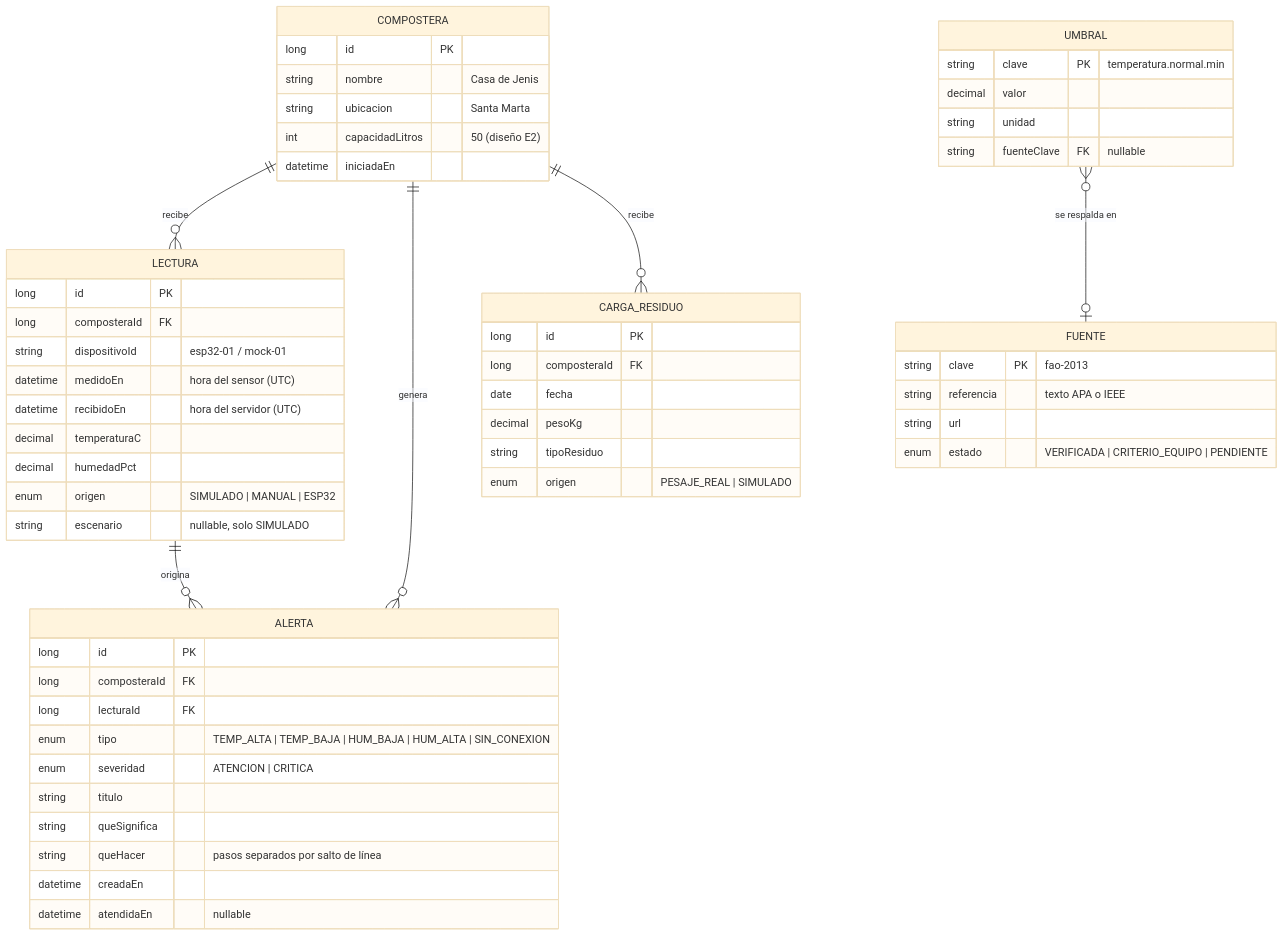
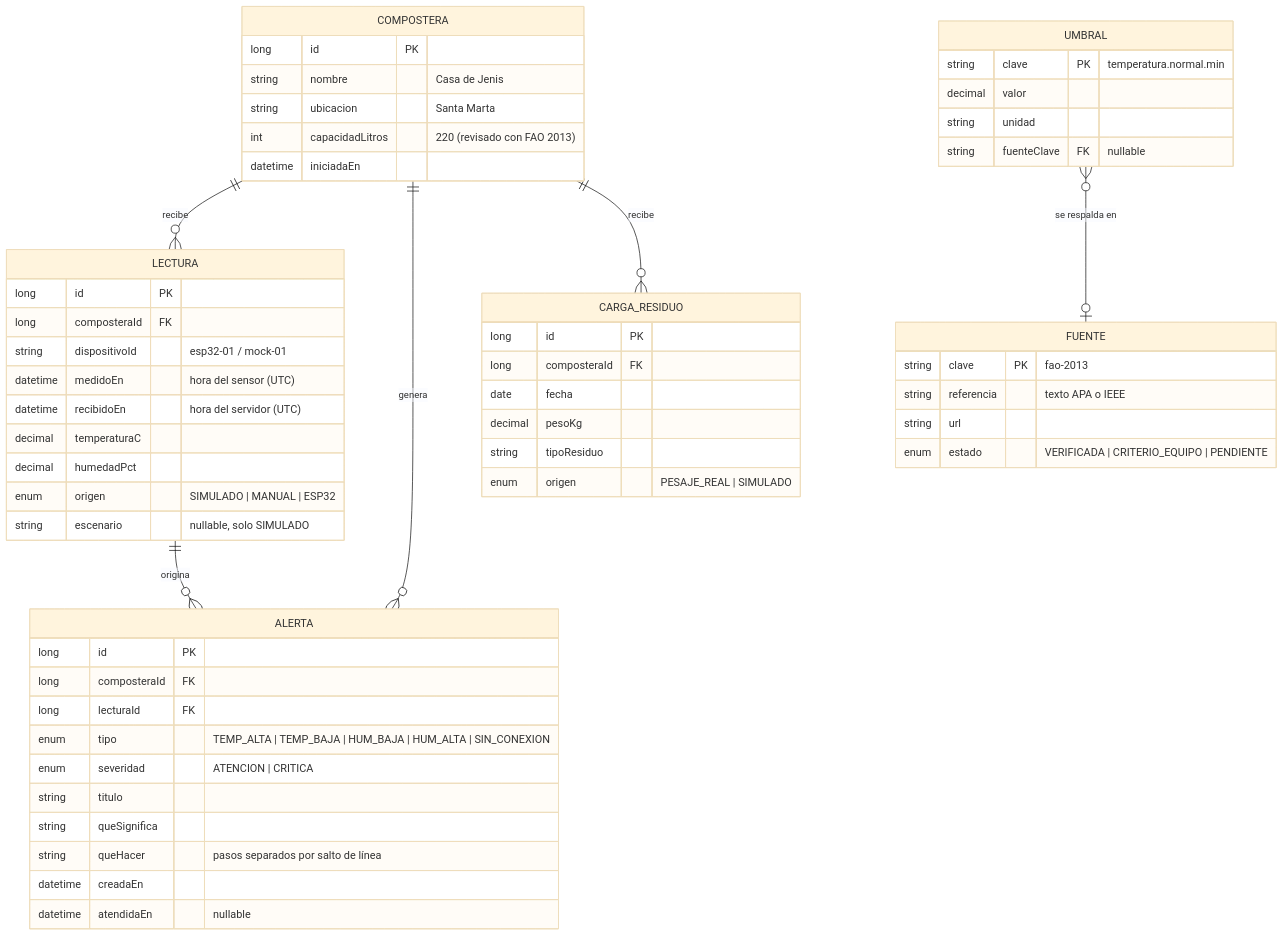
Before and after one commit to Bryan-Robles/ecocompost-iot: the fourth of 7 diagrams in docs/analisis-arquitectura-entregable-3.md, drawn with Mermaid (base theme). The commit also changed other lines of this file and 5 other files, not shown here.

````diff
--- a/docs/analisis-arquitectura-entregable-3.md
+++ b/docs/analisis-arquitectura-entregable-3.md
@@ -187,59 +187,59 @@
 ```mermaid
 erDiagram
     COMPOSTERA ||--o{ LECTURA : recibe
     COMPOSTERA ||--o{ ALERTA : genera
     COMPOSTERA ||--o{ CARGA_RESIDUO : recibe
     LECTURA ||--o{ ALERTA : origina
     UMBRAL }o--o| FUENTE : "se respalda en"
 
     COMPOSTERA {
         long id PK
         string nombre "Casa de Jenis"
         string ubicacion "Santa Marta"
-        int capacidadLitros "50 (diseño E2)"
+        int capacidadLitros "220 (revisado con FAO 2013)"
         datetime iniciadaEn
     }
     LECTURA {
         long id PK
         long composteraId FK
         string dispositivoId "esp32-01 / mock-01"
         datetime medidoEn "hora del sensor (UTC)"
         datetime recibidoEn "hora del servidor (UTC)"
         decimal temperaturaC
         decimal humedadPct
         enum origen "SIMULADO | MANUAL | ESP32"
         string escenario "nullable, solo SIMULADO"
     }
     ALERTA {
         long id PK
         long composteraId FK
         long lecturaId FK
         enum tipo "TEMP_ALTA | TEMP_BAJA | HUM_BAJA | HUM_ALTA | SIN_CONEXION"
         enum severidad "ATENCION | CRITICA"
         string titulo
         string queSignifica
         string queHacer "pasos separados por salto de línea"
         datetime creadaEn
         datetime atendidaEn "nullable"
     }
     CARGA_RESIDUO {
         long id PK
         long composteraId FK
         date fecha
         decimal pesoKg
         string tipoResiduo
         enum origen "PESAJE_REAL | SIMULADO"
     }
     UMBRAL {
         string clave PK "temperatura.normal.min"
         decimal valor
         string unidad
         string fuenteClave FK "nullable"
     }
     FUENTE {
         string clave PK "fao-2013"
         string referencia "texto APA o IEEE"
         string url
         enum estado "VERIFICADA | CRITERIO_EQUIPO | PENDIENTE"
     }
 ```
````
